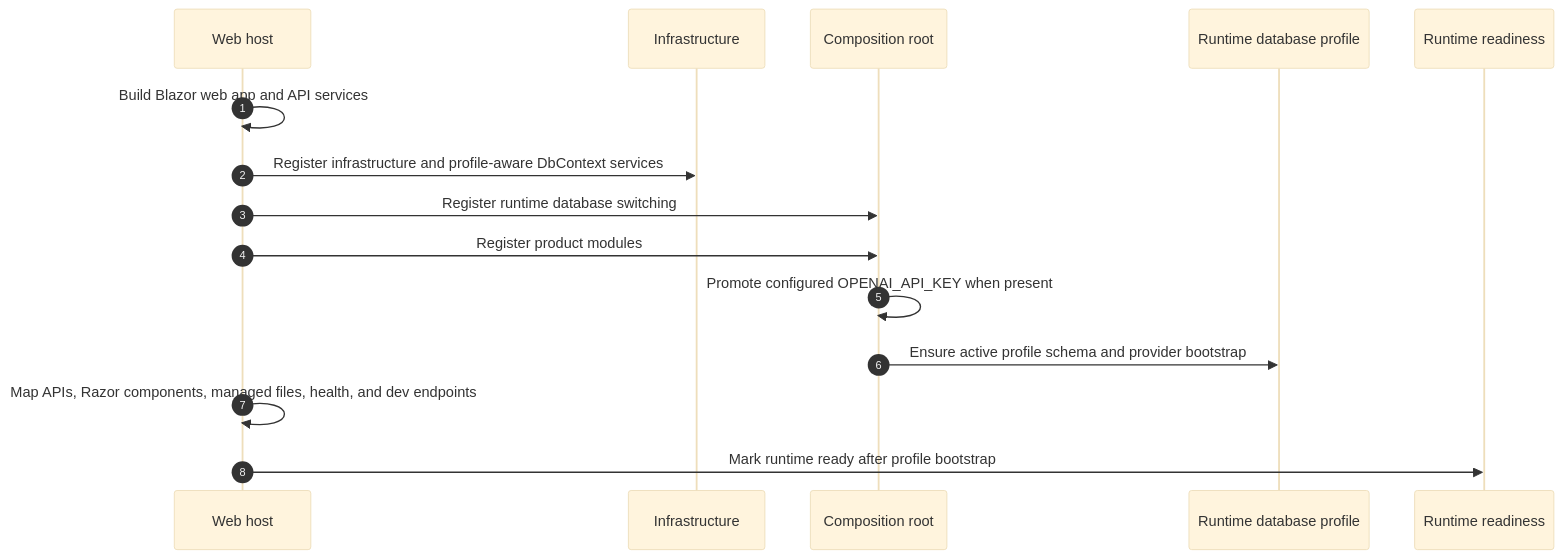
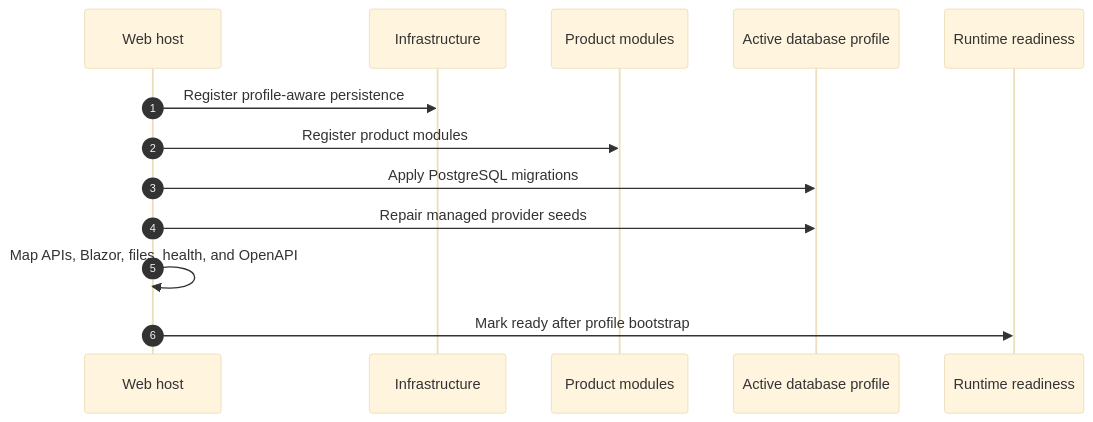
The second of 3 diagrams in docs/architecture-beta.md (fyziktom/CanDoItAll), drawn with Mermaid (base theme) before and after one commit. The commit also changed other lines of this file and 117 other files, not shown here.

````diff
--- a/docs/architecture-beta.md
+++ b/docs/architecture-beta.md
@@ -82,18 +64,16 @@
 ```mermaid
 sequenceDiagram
     autonumber
     participant Host as Web host
     participant Infra as Infrastructure
-    participant Composition as Composition root
-    participant Db as Runtime database profile
-    participant Readiness as Runtime readiness
+    participant Modules as Product modules
+    participant Db as Active database profile
+    participant Runtime as Runtime readiness
 
-    Host->>Host: Build Blazor web app and API services
-    Host->>Infra: Register infrastructure and profile-aware DbContext services
-    Host->>Composition: Register runtime database switching
-    Host->>Composition: Register product modules
-    Composition->>Composition: Promote configured OPENAI_API_KEY when present
-    Composition->>Db: Ensure active profile schema and provider bootstrap
-    Host->>Host: Map APIs, Razor components, managed files, health, and dev endpoints
-    Host->>Readiness: Mark runtime ready after profile bootstrap
+    Host->>Infra: Register profile-aware persistence
+    Host->>Modules: Register product modules
+    Host->>Db: Apply PostgreSQL migrations
+    Host->>Db: Repair managed provider seeds
+    Host->>Host: Map APIs, Blazor, files, health, and OpenAPI
+    Host->>Runtime: Mark ready after profile bootstrap
 ```
````
